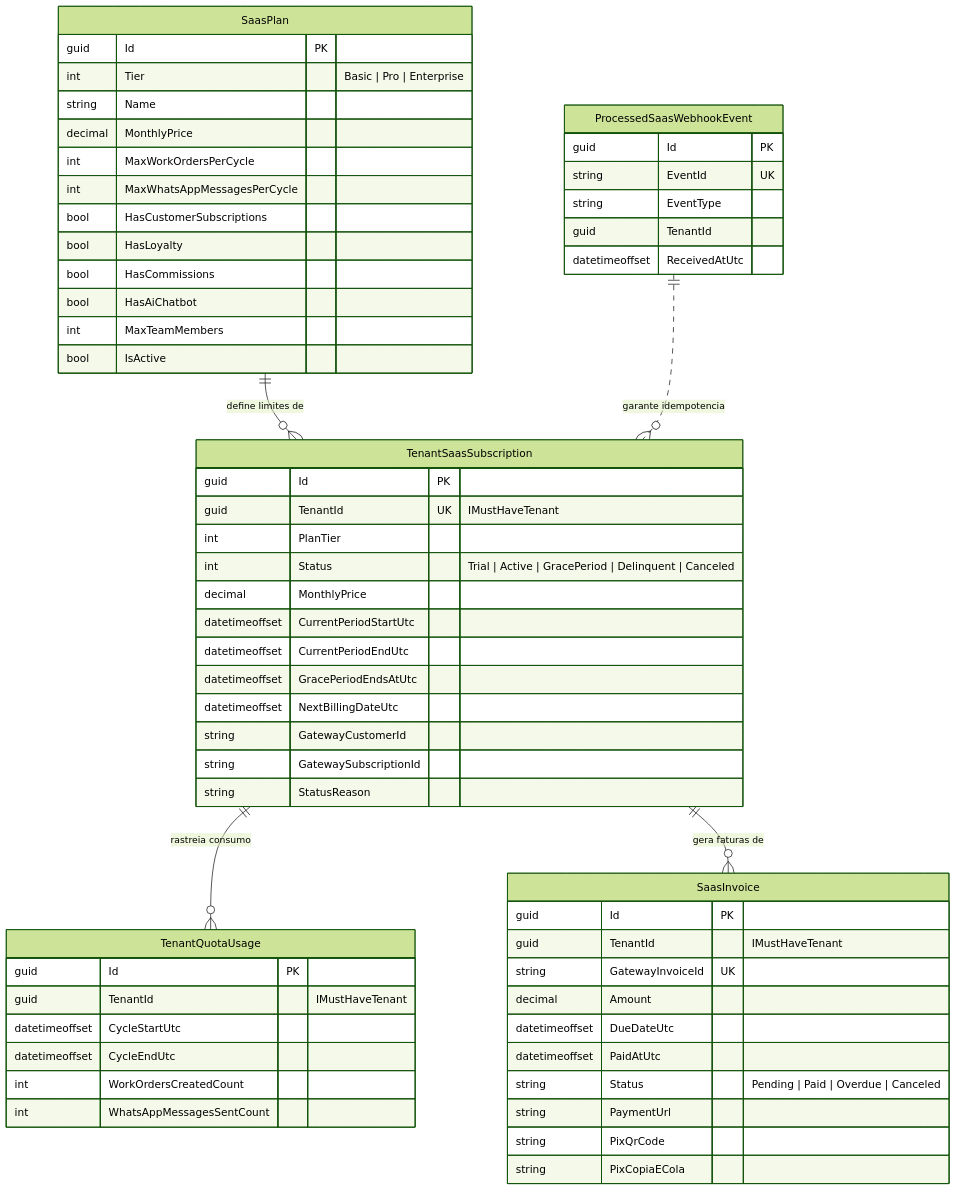
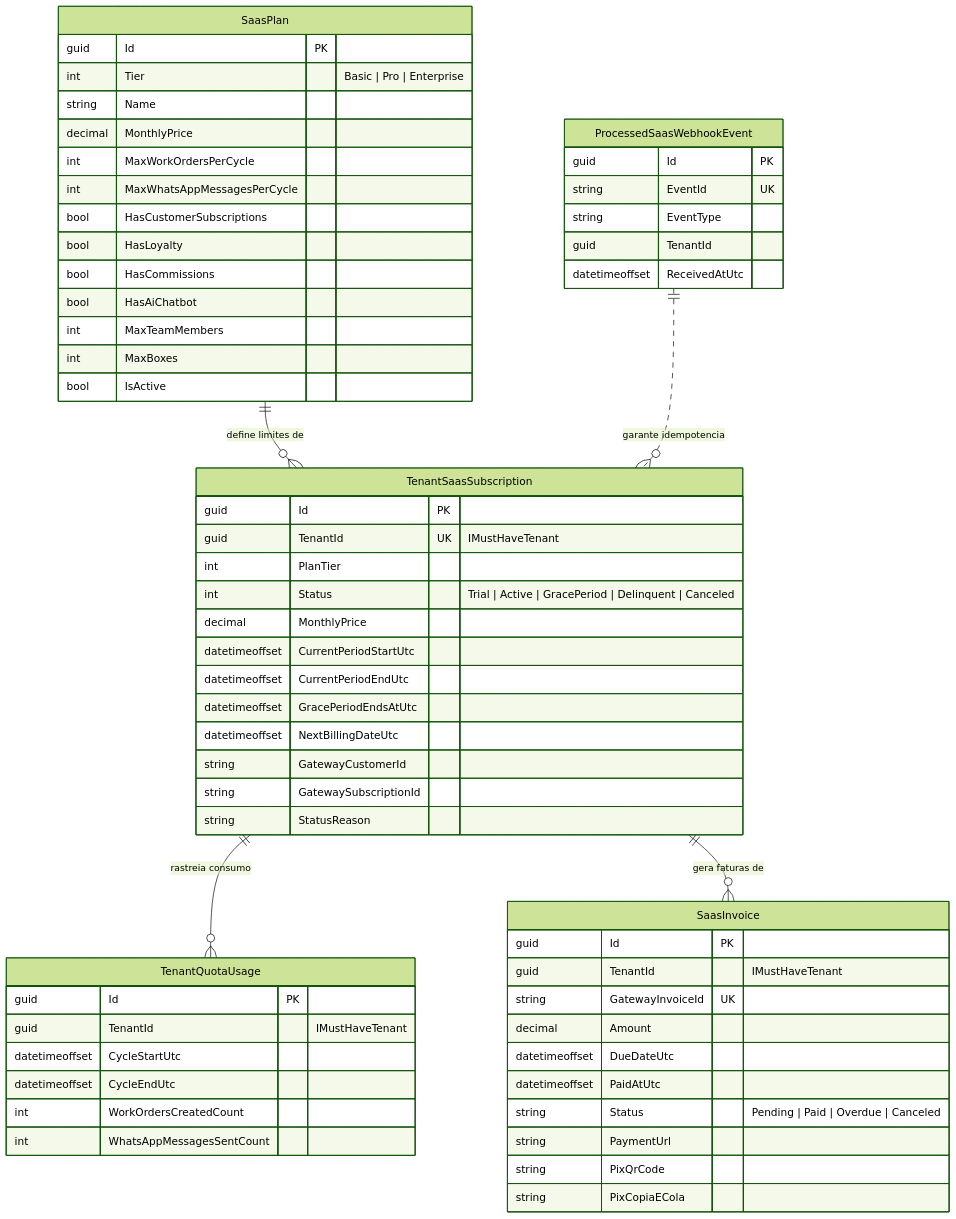
One commit to ronaldocestrela/lavaway changed the third of 3 diagrams in docs/living-docs/planos-billing-acesso-6.3.md. Above: the diagram before and after it, drawn with Mermaid (forest theme). The commit also changed other lines of this file and 23 other files, not shown here.

Commit message:
feat: add max boxes property to SaaS plans and update domain validation and UI components

````diff
--- a/docs/living-docs/planos-billing-acesso-6.3.md
+++ b/docs/living-docs/planos-billing-acesso-6.3.md
@@ -84,67 +84,68 @@
 ```mermaid
 erDiagram
     SaasPlan ||--o{ TenantSaasSubscription : "define limites de"
     TenantSaasSubscription ||--o{ TenantQuotaUsage : "rastreia consumo"
     TenantSaasSubscription ||--o{ SaasInvoice : "gera faturas de"
     ProcessedSaasWebhookEvent ||..o{ TenantSaasSubscription : "garante idempotencia"
 
     SaasPlan {
         guid Id PK
         int Tier "Basic | Pro | Enterprise"
         string Name
         decimal MonthlyPrice
         int MaxWorkOrdersPerCycle
         int MaxWhatsAppMessagesPerCycle
         bool HasCustomerSubscriptions
         bool HasLoyalty
         bool HasCommissions
         bool HasAiChatbot
         int MaxTeamMembers
+        int MaxBoxes
         bool IsActive
     }
 
     TenantSaasSubscription {
         guid Id PK
         guid TenantId UK "IMustHaveTenant"
         int PlanTier
         int Status "Trial | Active | GracePeriod | Delinquent | Canceled"
         decimal MonthlyPrice
         datetimeoffset CurrentPeriodStartUtc
         datetimeoffset CurrentPeriodEndUtc
         datetimeoffset GracePeriodEndsAtUtc
         datetimeoffset NextBillingDateUtc
         string GatewayCustomerId
         string GatewaySubscriptionId
         string StatusReason
     }
 
     TenantQuotaUsage {
         guid Id PK
         guid TenantId "IMustHaveTenant"
         datetimeoffset CycleStartUtc
         datetimeoffset CycleEndUtc
         int WorkOrdersCreatedCount
         int WhatsAppMessagesSentCount
     }
 
     SaasInvoice {
         guid Id PK
         guid TenantId "IMustHaveTenant"
         string GatewayInvoiceId UK
         decimal Amount
         datetimeoffset DueDateUtc
         datetimeoffset PaidAtUtc
         string Status "Pending | Paid | Overdue | Canceled"
         string PaymentUrl
         string PixQrCode
         string PixCopiaECola
     }
 
     ProcessedSaasWebhookEvent {
         guid Id PK
         string EventId UK
         string EventType
         guid TenantId
         datetimeoffset ReceivedAtUtc
     }
 ```
````
